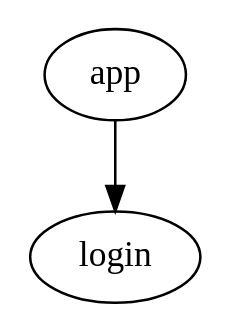
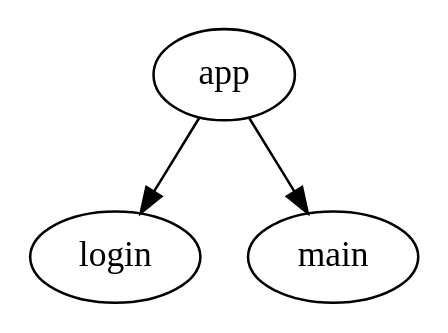
The diagram in sample-compose/app/routing/src/main/way/app-flow.dot (appKODE/way), drawn with Graphviz before and after one commit. The commit also changed 15 other files, not shown here.

Commit message:
Add "main" flow to the sample

```diff
--- a/sample-compose/app/routing/src/main/way/app-flow.dot
+++ b/sample-compose/app/routing/src/main/way/app-flow.dot
@@ -1,8 +1,10 @@
 digraph App {
   package = "ru.kode.way.sample.compose.app.routing"
 
   app [type=flow]
   login [type=schema, resultType = "ru.kode.way.sample.compose.login.routing.LoginFlowResult"]
+  main [type=schema, resultType = "ru.kode.way.sample.compose.main.routing.MainFlowResult"]
 
   app -> login
+  app -> main
 }
```
